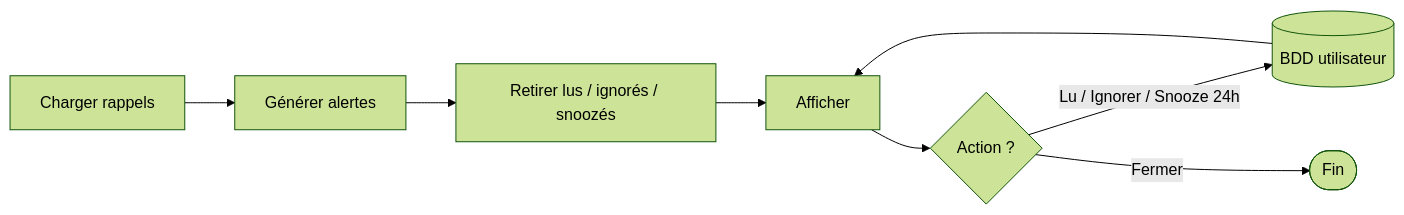
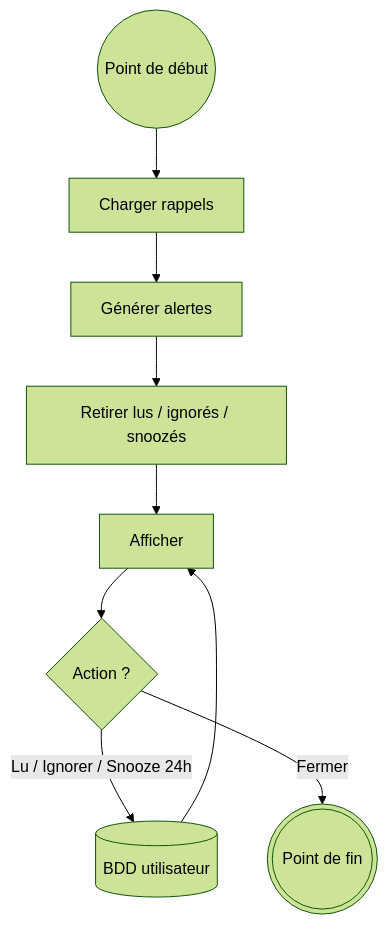
One commit to ayaAhd123/cmh_career_hub changed the third of 5 diagrams in docs/uml/mcd-mld-activite.md. Above: the diagram before and after it, drawn with Mermaid (forest theme). The commit also changed other lines of this file, not shown here.

First line of the commit message:
Clarify MCD vs MLD and fix activity diagram start/end nodes.

````diff
--- a/docs/uml/mcd-mld-activite.md
+++ b/docs/uml/mcd-mld-activite.md
@@ -61,10 +76,14 @@
 ```mermaid
-flowchart LR
-    A[Charger rappels] --> B[Générer alertes]
+flowchart TD
+    debut((Point de début))
+    fin(((Point de fin)))
+
+    debut --> A[Charger rappels]
+    A --> B[Générer alertes]
     B --> C[Retirer lus / ignorés / snoozés]
     C --> D[Afficher]
     D --> E{Action ?}
     E -->|Lu / Ignorer / Snooze 24h| F[(BDD utilisateur)]
     F --> D
-    E -->|Fermer| G([Fin])
+    E -->|Fermer| fin
 ```
````
